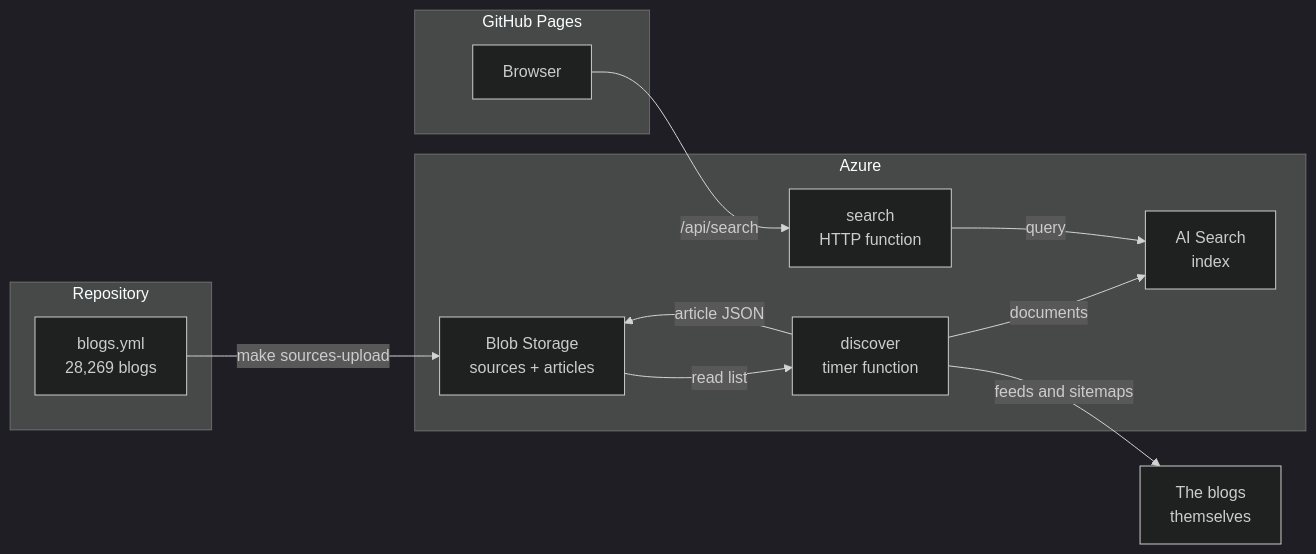
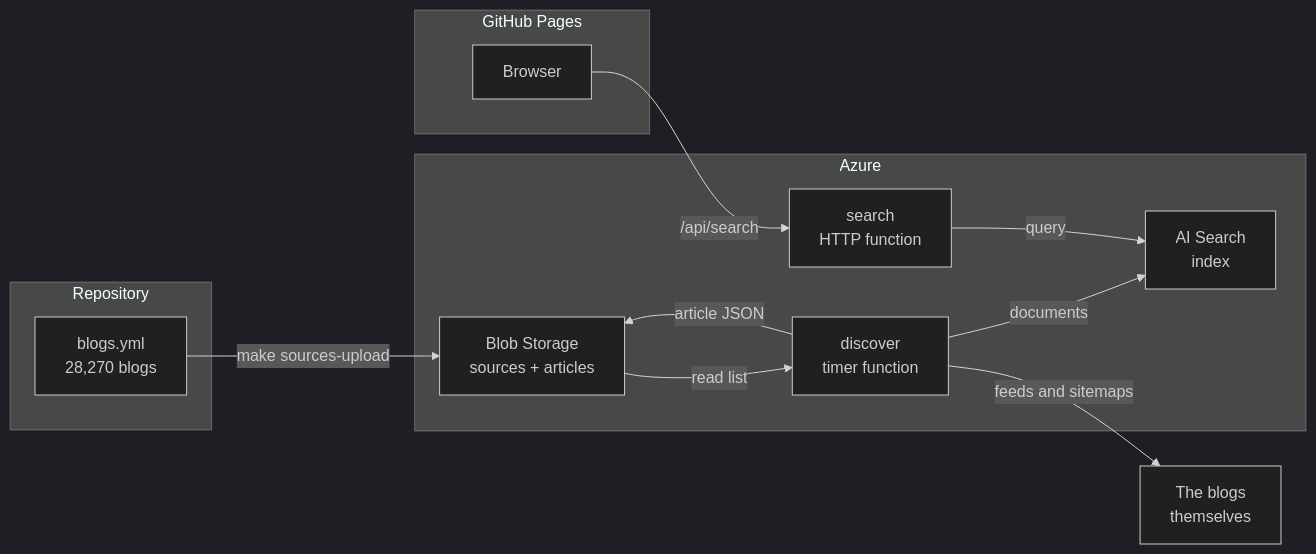
Before and after one commit to GitPaulo/blogme: the first of 5 diagrams in docs/how-it-works.md, drawn with Mermaid (dark theme). The commit also changed other lines of this file and 2 other files, not shown here.

Commit message:
docs: updated cadence of jobs

````diff
--- a/docs/how-it-works.md
+++ b/docs/how-it-works.md
@@ -13,25 +13,25 @@
 ```mermaid
 flowchart LR
     subgraph Git["Repository"]
-        Y["blogs.yml<br/>28,269 blogs"]
+        Y["blogs.yml<br/>28,270 blogs"]
     end
 
     subgraph Azure["Azure"]
         B["Blob Storage<br/>sources + articles"]
         D["discover<br/>timer function"]
         S["AI Search<br/>index"]
         A["search<br/>HTTP function"]
     end
 
     subgraph Web["GitHub Pages"]
         U["Browser"]
     end
 
     Y -->|make sources-upload| B
     B -->|read list| D
     D -->|feeds and sitemaps| Blogs["The blogs<br/>themselves"]
     D -->|article JSON| B
     D -->|documents| S
     U -->|/api/search| A
     A -->|query| S
 ```
````
